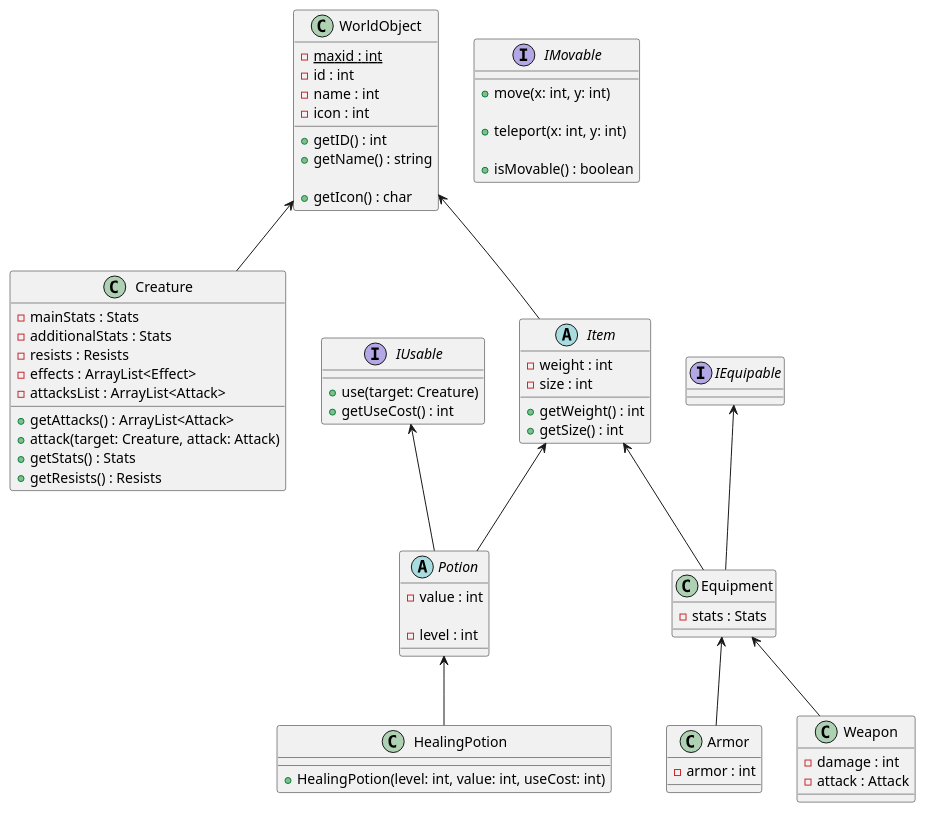
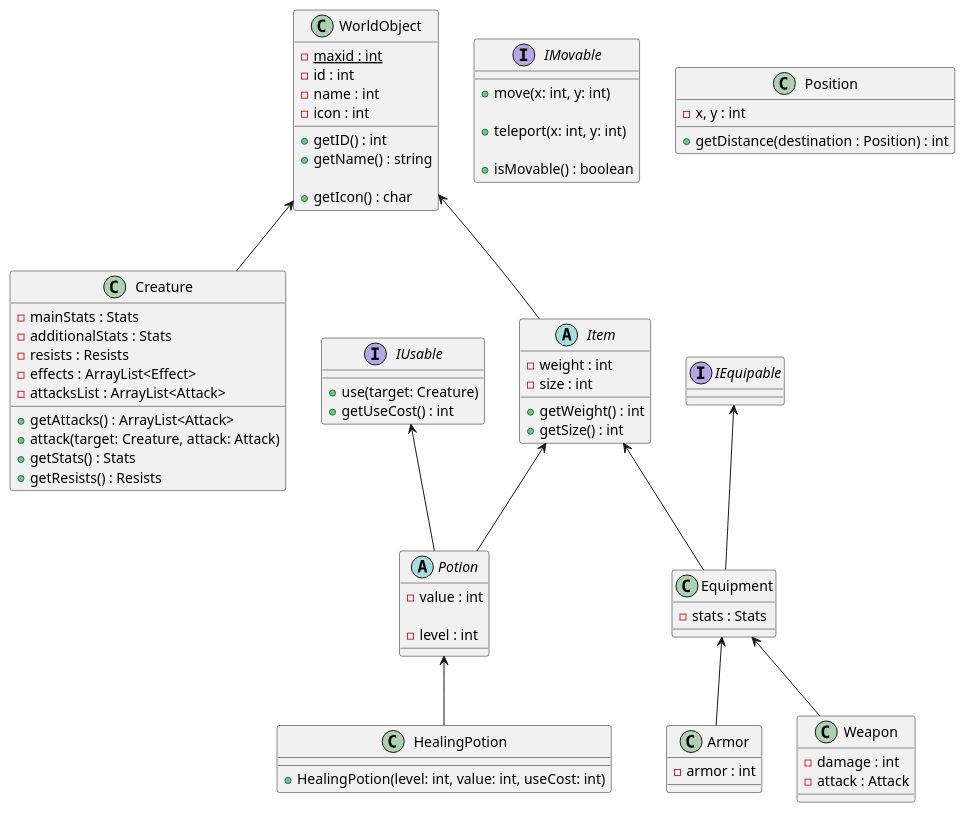
One commit to zaqwer101/JavaRPG changed the diagram in JavaRPG.puml. Above: the diagram before and after it, drawn with PlantUML.

Commit message:
UML добавил Position

```diff
--- a/JavaRPG.puml
+++ b/JavaRPG.puml
@@ -1,102 +1,107 @@
 @startuml
 
 WorldObject <-- Creature
 WorldObject <-- Item
 
 Item <-- Potion
 Item <-- Equipment
 
 IUsable <-- Potion
 
 Potion <-- HealingPotion
 
 IEquipable <-- Equipment
 Equipment <-- Armor
 Equipment <-- Weapon
 
 class WorldObject {
     - {static} maxid : int
     - id : int
     - name : int
     - icon : int
 
     + getID() : int
     + getName() : string
 
     'Отображаемая иконка объекта на карте'
     + getIcon() : char
 }
 
 class Creature {
     'Это удобнее, так как для доспехов и прочего можно прибавочные статы также хранить в классе Stats'
     'и при надевании/использовании предмета просто прибавлять одно к другому'
     - mainStats : Stats
     - additionalStats : Stats
     - resists : Resists
     'Текущие баффы/дебаффы на существе'
     - effects : ArrayList<Effect>
     - attacksList : ArrayList<Attack>
 
     'Возможные виды атак существа'
     + getAttacks() : ArrayList<Attack>
     + attack(target: Creature, attack: Attack)
     + getStats() : Stats
     + getResists() : Resists
 }
 
 abstract class Item {
     - weight : int
     - size : int
 
     + getWeight() : int
     + getSize() : int
 }
 
 interface IUsable {
     'Использовать предметы можно не только на себя, но и на других, если позволяет радиус'
     + use(target: Creature)
     + getUseCost() : int
 }
 
 interface IMovable {
     'Переместить на определённое количество клеток по x и y'
     + move(x: int, y: int)
 
     'Переместить в определённую клетку'
     + teleport(x: int, y: int)
 
     'Может ли объект передвигаться в данный момент'
     + isMovable() : boolean
 }
 
 interface IEquipable {
 }
 
 abstract class Potion {
     'Базовая сила действия зелья'
     - value : int
 
     'Уровень зелья'
     - level : int
 }
 
 class HealingPotion {
     + HealingPotion(level: int, value: int, useCost: int)
 }
 
 class Equipment {
     'статы, которые даёт элемент снаряжения'
     - stats : Stats
 }
 
 class Armor {
     - armor : int
 }
 
 class Weapon {
     - damage : int
     - attack : Attack
 }
 
+class Position {
+    - x, y : int
+    + getDistance(destination : Position) : int
+}
+
 
 @enduml
```
